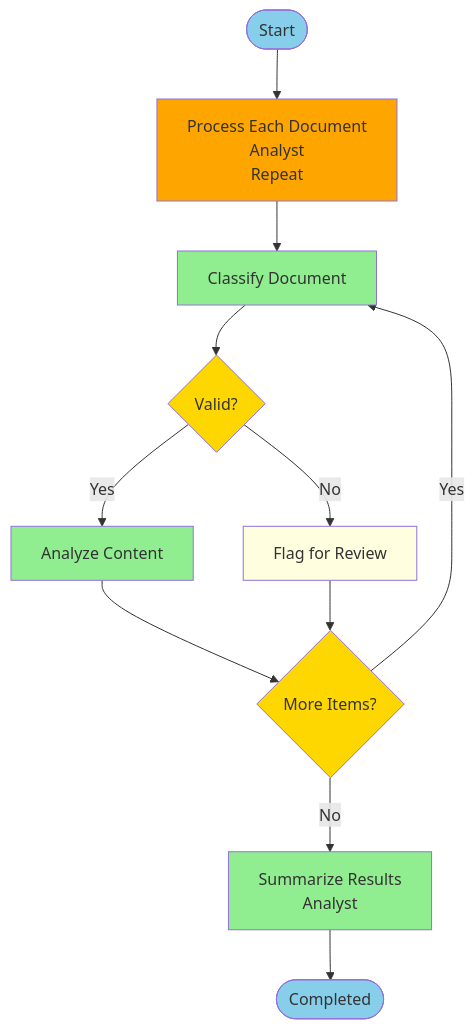
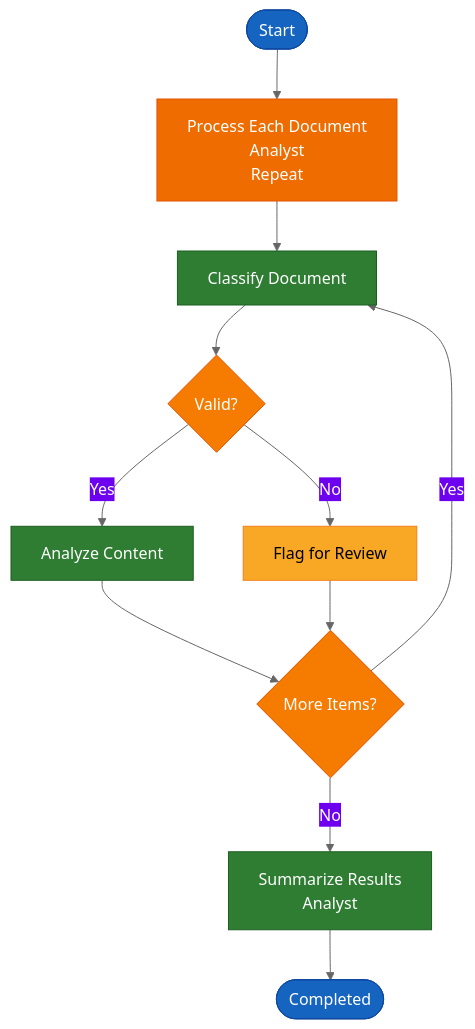
One commit to gcowin/approachable-workflows changed the eighth of 11 diagrams in docs/reference/visual-patterns.md. Above: the diagram before and after it, drawn with Mermaid. The commit also changed other lines of this file and 1 other file, not shown here.

````diff
--- a/docs/reference/visual-patterns.md
+++ b/docs/reference/visual-patterns.md
@@ -315,23 +322,24 @@
 ```mermaid
+%%{init: {'theme':'base', 'themeVariables': {'primaryColor':'#EF6C00','primaryTextColor':'#fff','lineColor':'#666'}}}%%
 graph TD
     Start([Start]) --> A[Process Each Document<br/>Analyst<br/>Repeat]
     A --> B[Classify Document]
     B --> C{Valid?}
     C -->|Yes| D[Analyze Content]
     C -->|No| E[Flag for Review]
     D --> F{More Items?}
     E --> F
     F -->|Yes| B
     F -->|No| G[Summarize Results<br/>Analyst]
     G --> End([Completed])
     
-    style Start fill:#87CEEB
-    style A fill:#FFA500
-    style B fill:#90EE90
-    style C fill:#FFD700
-    style D fill:#90EE90
-    style E fill:#FFFFE0
-    style F fill:#FFD700
-    style G fill:#90EE90
-    style End fill:#87CEEB
+    style Start fill:#1565C0,stroke:#0D47A1,color:#fff
+    style A fill:#EF6C00,stroke:#E65100,color:#fff
+    style B fill:#2E7D32,stroke:#1B5E20,color:#fff
+    style C fill:#F57C00,stroke:#E65100,color:#fff
+    style D fill:#2E7D32,stroke:#1B5E20,color:#fff
+    style E fill:#F9A825,stroke:#F57F17,color:#000
+    style F fill:#F57C00,stroke:#E65100,color:#fff
+    style G fill:#2E7D32,stroke:#1B5E20,color:#fff
+    style End fill:#1565C0,stroke:#0D47A1,color:#fff
 ```
````
